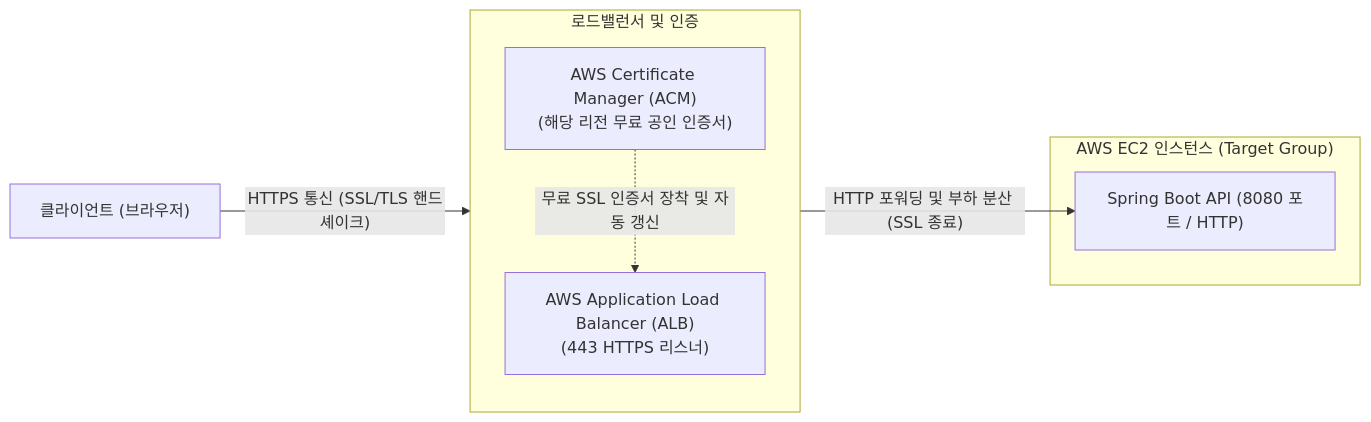
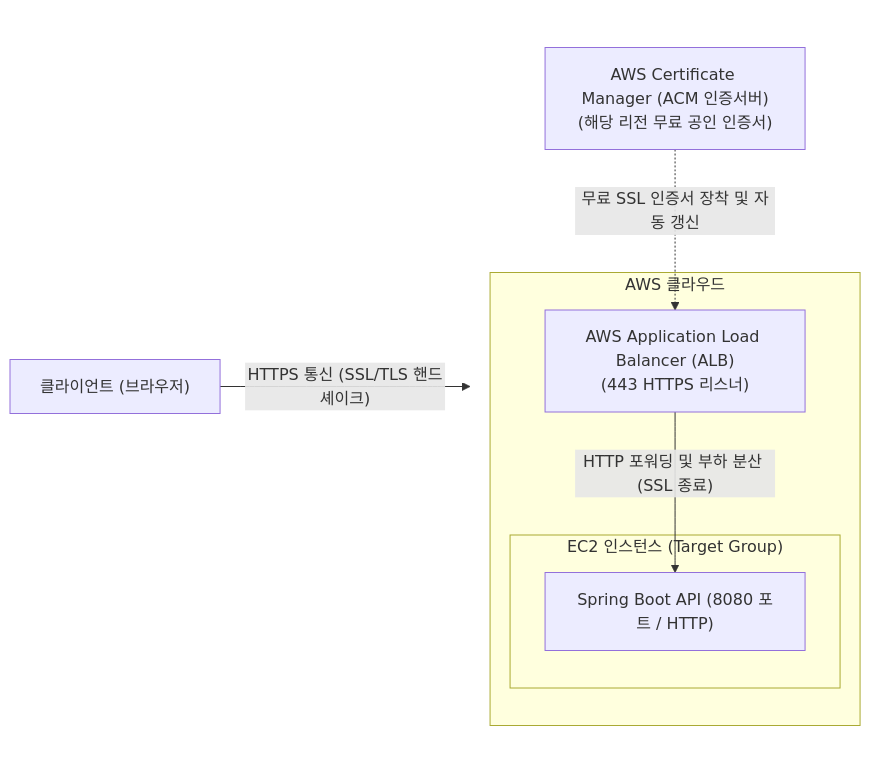
The fourth of 4 diagrams in guide/04.challenge.md (likelion-backend-25th/22-project-sns), drawn with Mermaid before and after one commit. The commit also changed other lines of this file, not shown here.

````diff
--- a/guide/04.challenge.md
+++ b/guide/04.challenge.md
@@ -325,18 +336,22 @@
 ```mermaid
 flowchart LR
     Client["클라이언트 (브라우저)"]
 
-    subgraph ALB_Zone["로드밸런서 및 인증"]
+    subgraph ServerSide[" "]
         direction TB
-        ACM["AWS Certificate Manager (ACM)<br/>(해당 리전 무료 공인 인증서)"]
-        ALB["AWS Application Load Balancer (ALB)<br/>(443 HTTPS 리스너)"]
-    end
+        ACM["AWS Certificate Manager (ACM 인증서버)<br/>(해당 리전 무료 공인 인증서)"]
 
-    subgraph EC2["AWS EC2 인스턴스 (Target Group)"]
-        SpringBoot["Spring Boot API (8080 포트 / HTTP)"]
+        subgraph AWS["AWS 클라우드"]
+            ALB["AWS Application Load Balancer (ALB)<br/>(443 HTTPS 리스너)"]
+            subgraph EC2["EC2 인스턴스 (Target Group)"]
+                SpringBoot["Spring Boot API (8080 포트 / HTTP)"]
+            end
+        end
     end
 
     Client -->|"HTTPS 통신 (SSL/TLS 핸드셰이크)"| ALB
     ACM -.->|"무료 SSL 인증서 장착 및 자동 갱신"| ALB
     ALB -->|"HTTP 포워딩 및 부하 분산 (SSL 종료)"| SpringBoot
+
+    style ServerSide fill:none,stroke:none
 ```
````
